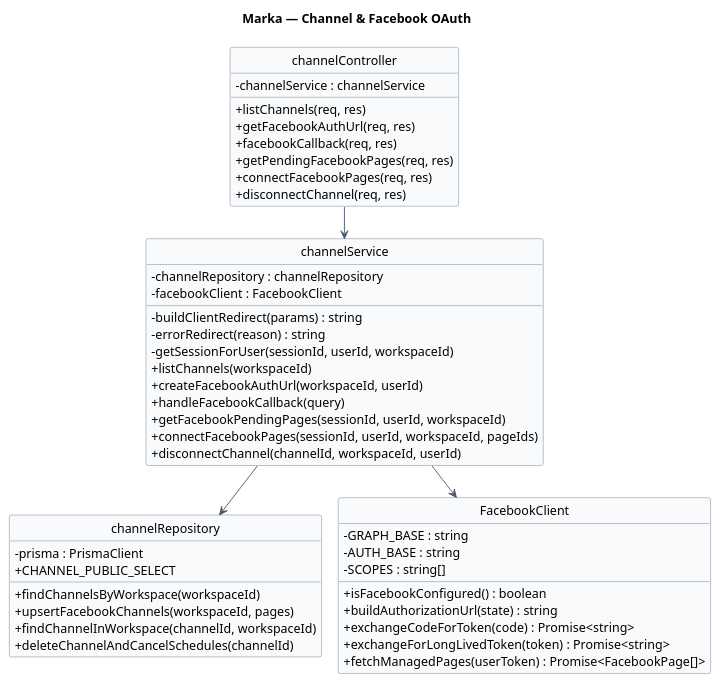
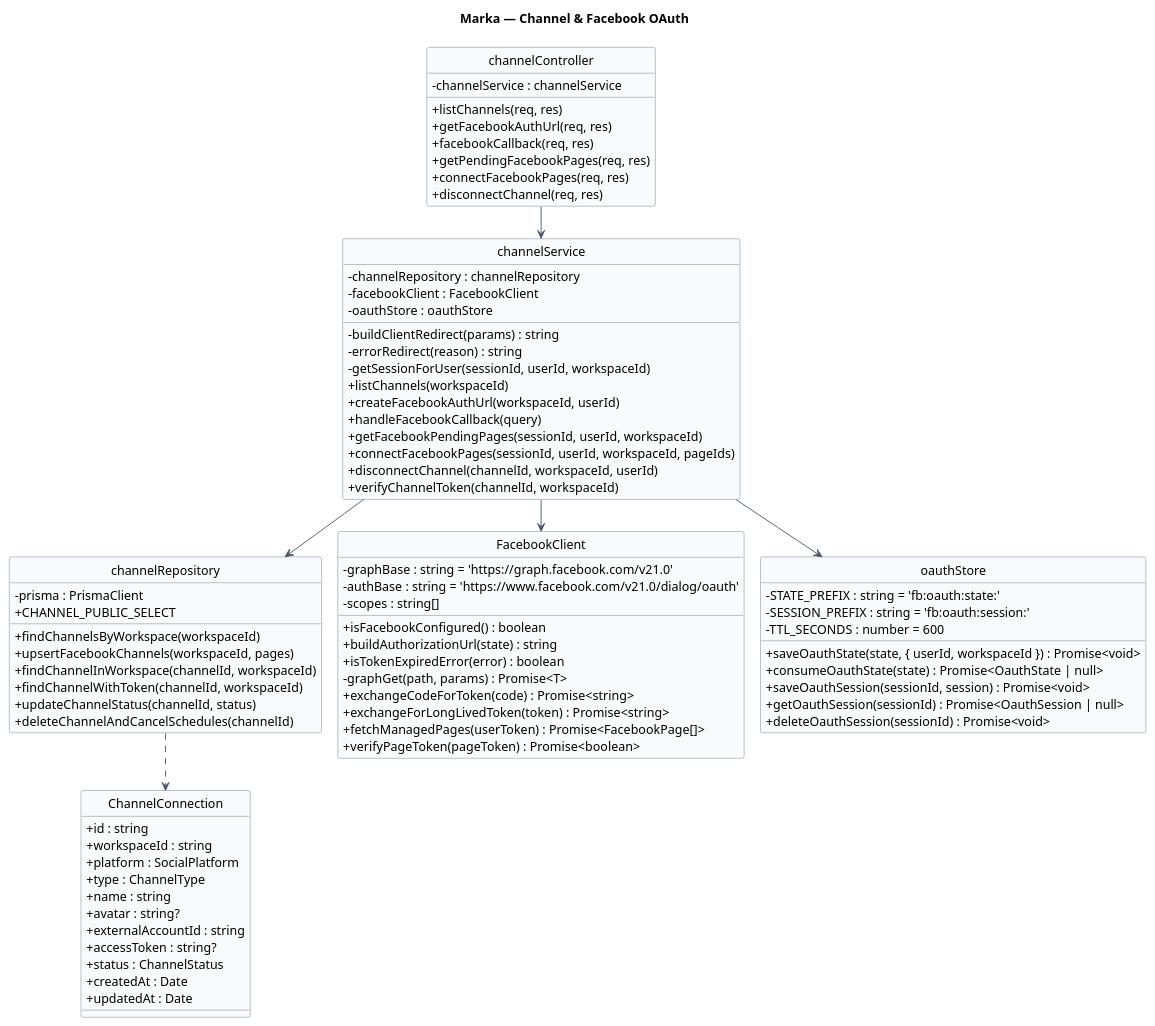
One commit to Pham-Hong-Ky/marka-capstone changed the diagram in docs/diagrams/04-channel.puml. Above: the diagram before and after it, drawn with PlantUML. The commit also changed 20 other files, not shown here.

```diff
--- a/docs/diagrams/04-channel.puml
+++ b/docs/diagrams/04-channel.puml
@@ -1,67 +1,101 @@
 @startuml 04-channel
 hide circle
 hide stereotype
 !pragma layout smetana
 title Marka — Channel & Facebook OAuth
 
 skinparam classAttributeIconSize 0
 skinparam linetype ortho
 skinparam shadowing false
 skinparam defaultFontName Arial
-skinparam nodesep 24
-skinparam ranksep 40
+skinparam nodesep 40
+skinparam ranksep 50
 skinparam class {
   BackgroundColor #F8FAFC
   BorderColor #64748B
   ArrowColor #475569
+}
+
+class "ChannelConnection" as ChannelConnection {
+  + id : string
+  + workspaceId : string
+  + platform : SocialPlatform
+  + type : ChannelType
+  + name : string
+  + avatar : string?
+  + externalAccountId : string
+  + accessToken : string?
+  + status : ChannelStatus
+  + createdAt : Date
+  + updatedAt : Date
 }
 
 class "channelController" as channelController {
   - channelService : channelService
   + listChannels(req, res)
   + getFacebookAuthUrl(req, res)
   + facebookCallback(req, res)
   + getPendingFacebookPages(req, res)
   + connectFacebookPages(req, res)
   + disconnectChannel(req, res)
 }
 
 class "channelService" as channelService {
   - channelRepository : channelRepository
   - facebookClient : FacebookClient
+  - oauthStore : oauthStore
   - buildClientRedirect(params) : string
   - errorRedirect(reason) : string
   - getSessionForUser(sessionId, userId, workspaceId)
   + listChannels(workspaceId)
   + createFacebookAuthUrl(workspaceId, userId)
   + handleFacebookCallback(query)
   + getFacebookPendingPages(sessionId, userId, workspaceId)
   + connectFacebookPages(sessionId, userId, workspaceId, pageIds)
   + disconnectChannel(channelId, workspaceId, userId)
+  + verifyChannelToken(channelId, workspaceId)
 }
 
 class "channelRepository" as channelRepository {
   - prisma : PrismaClient
   + CHANNEL_PUBLIC_SELECT
   + findChannelsByWorkspace(workspaceId)
   + upsertFacebookChannels(workspaceId, pages)
   + findChannelInWorkspace(channelId, workspaceId)
+  + findChannelWithToken(channelId, workspaceId)
+  + updateChannelStatus(channelId, status)
   + deleteChannelAndCancelSchedules(channelId)
 }
 
 class "FacebookClient" as facebookClient {
-  - GRAPH_BASE : string
-  - AUTH_BASE : string
-  - SCOPES : string[]
+  - graphBase : string = 'https://graph.facebook.com/v21.0'
+  - authBase : string = 'https://www.facebook.com/v21.0/dialog/oauth'
+  - scopes : string[]
   + isFacebookConfigured() : boolean
   + buildAuthorizationUrl(state) : string
+  + isTokenExpiredError(error) : boolean
+  - graphGet(path, params) : Promise<T>
   + exchangeCodeForToken(code) : Promise<string>
   + exchangeForLongLivedToken(token) : Promise<string>
   + fetchManagedPages(userToken) : Promise<FacebookPage[]>
+  + verifyPageToken(pageToken) : Promise<boolean>
+}
+
+class "oauthStore" as oauthStore {
+  - STATE_PREFIX : string = 'fb:oauth:state:'
+  - SESSION_PREFIX : string = 'fb:oauth:session:'
+  - TTL_SECONDS : number = 600
+  + saveOauthState(state, { userId, workspaceId }) : Promise<void>
+  + consumeOauthState(state) : Promise<OauthState | null>
+  + saveOauthSession(sessionId, session) : Promise<void>
+  + getOauthSession(sessionId) : Promise<OauthSession | null>
+  + deleteOauthSession(sessionId) : Promise<void>
 }
 
 channelController --> channelService
 channelService --> channelRepository
 channelService --> facebookClient
+channelService --> oauthStore
+channelRepository ..> ChannelConnection
 
 @enduml
```
